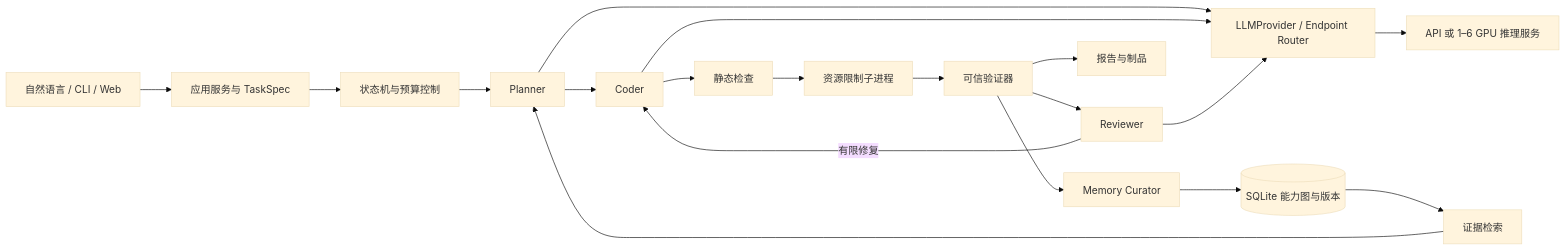
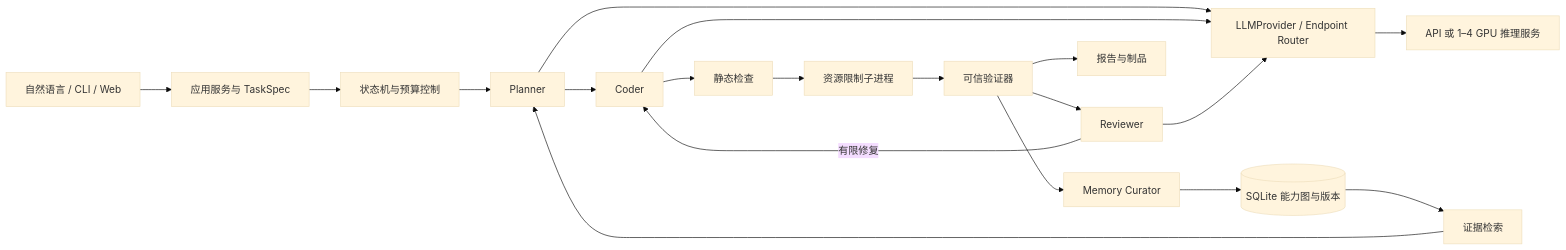
One commit to dengdeng55525/axiomforge changed the diagram in docs/03_系统架构与接口.md. Above: the diagram before and after it, drawn with Mermaid (base theme). The commit also changed other lines of this file and 13 other files, not shown here.

```diff
--- a/docs/03_系统架构与接口.md
+++ b/docs/03_系统架构与接口.md
@@ -7,21 +7,21 @@
 ~~~mermaid
 flowchart LR
   U[自然语言 / CLI / Web] --> A[应用服务与 TaskSpec]
   A --> O[状态机与预算控制]
   K[(SQLite 能力图与版本)] --> R[证据检索]
   R --> P[Planner]
   O --> P
   P --> C[Coder]
   C --> S[静态检查]
   S --> W[资源限制子进程]
   W --> E[可信验证器]
   E --> V[Reviewer]
   V -->|有限修复| C
   E --> M[Memory Curator]
   M --> K
   E --> H[报告与制品]
   P --> L[LLMProvider / Endpoint Router]
   C --> L
   V --> L
-  L --> G[API 或 1–6 GPU 推理服务]
+  L --> G[API 或 1–4 GPU 推理服务]
 ~~~
```
